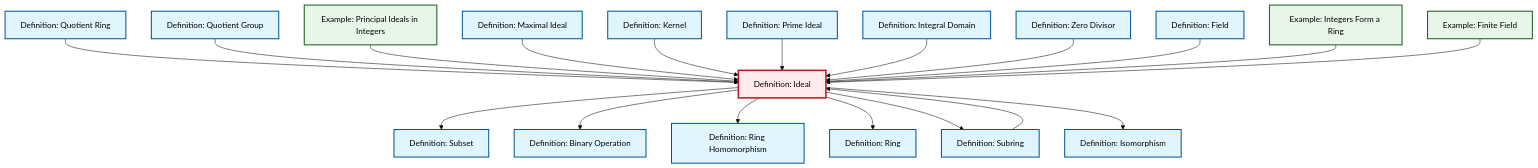
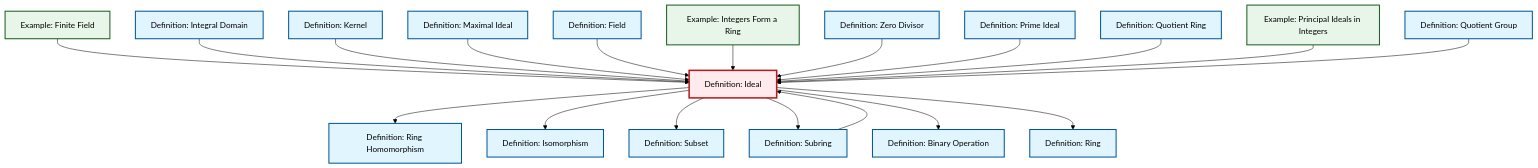
The diagram in content/en/algebra/def-ideal.qmd (RK0429/ModernMath), drawn with Mermaid (forest theme) before and after one commit. The commit also changed other lines of this file and 328 other files, not shown here.

````diff
--- a/content/en/algebra/def-ideal.qmd
+++ b/content/en/algebra/def-ideal.qmd
@@ -83,63 +83,63 @@
 ```{mermaid}
 %%| fig-cap: "Local dependency graph"
 graph TD
     classDef definition fill:#e1f5fe,stroke:#01579b,stroke-width:2px
     classDef theorem fill:#f3e5f5,stroke:#4a148c,stroke-width:2px
     classDef axiom fill:#fff3e0,stroke:#e65100,stroke-width:2px
     classDef example fill:#e8f5e9,stroke:#1b5e20,stroke-width:2px
     classDef current fill:#ffebee,stroke:#b71c1c,stroke-width:3px
-    def-quotient-group["Definition: Quotient Group"]:::definition
+    ex-finite-field["Example: Finite Field"]:::example
+    def-integral-domain["Definition: Integral Domain"]:::definition
+    def-ideal["Definition: Ideal"]:::definition
+    def-zero-divisor["Definition: Zero Divisor"]:::definition
+    ex-integers-ring["Example: Integers Form a Ring"]:::example
+    ex-principal-ideal["Example: Principal Ideals in Integers"]:::example
+    def-kernel["Definition: Kernel"]:::definition
+    def-field["Definition: Field"]:::definition
+    def-ring["Definition: Ring"]:::definition
+    def-isomorphism["Definition: Isomorphism"]:::definition
+    def-prime-ideal["Definition: Prime Ideal"]:::definition
+    def-quotient-ring["Definition: Quotient Ring"]:::definition
+    def-subset["Definition: Subset"]:::definition
     def-binary-operation["Definition: Binary Operation"]:::definition
-    def-isomorphism["Definition: Isomorphism"]:::definition
     def-subring["Definition: Subring"]:::definition
     def-maximal-ideal["Definition: Maximal Ideal"]:::definition
-    def-integral-domain["Definition: Integral Domain"]:::definition
+    def-quotient-group["Definition: Quotient Group"]:::definition
     def-ring-homomorphism["Definition: Ring Homomorphism"]:::definition
-    def-subset["Definition: Subset"]:::definition
-    def-prime-ideal["Definition: Prime Ideal"]:::definition
-    def-ideal["Definition: Ideal"]:::definition
-    def-ring["Definition: Ring"]:::definition
-    def-zero-divisor["Definition: Zero Divisor"]:::definition
-    ex-principal-ideal["Example: Principal Ideals in Integers"]:::example
-    def-quotient-ring["Definition: Quotient Ring"]:::definition
-    ex-finite-field["Example: Finite Field"]:::example
-    def-field["Definition: Field"]:::definition
-    def-kernel["Definition: Kernel"]:::definition
-    ex-integers-ring["Example: Integers Form a Ring"]:::example
+    ex-finite-field --> def-ideal
+    def-integral-domain --> def-ideal
+    def-kernel --> def-ideal
+    def-ideal --> def-ring-homomorphism
+    def-maximal-ideal --> def-ideal
+    def-field --> def-ideal
+    def-ideal --> def-isomorphism
+    ex-integers-ring --> def-ideal
+    def-subring --> def-ideal
     def-ideal --> def-subset
+    def-ideal --> def-subring
+    def-zero-divisor --> def-ideal
+    def-prime-ideal --> def-ideal
+    def-ideal --> def-binary-operation
     def-quotient-ring --> def-ideal
+    ex-principal-ideal --> def-ideal
+    def-ideal --> def-ring
     def-quotient-group --> def-ideal
-    def-ideal --> def-binary-operation
-    def-ideal --> def-ring-homomorphism
-    ex-principal-ideal --> def-ideal
-    def-maximal-ideal --> def-ideal
-    def-kernel --> def-ideal
-    def-prime-ideal --> def-ideal
-    def-integral-domain --> def-ideal
-    def-zero-divisor --> def-ideal
-    def-subring --> def-ideal
-    def-field --> def-ideal
-    ex-integers-ring --> def-ideal
-    ex-finite-field --> def-ideal
-    def-ideal --> def-ring
-    def-ideal --> def-subring
-    def-ideal --> def-isomorphism
     class def-ideal current
-    click def-quotient-group "def-quotient-group.html" "Go to Quotient Group definition"
+    click ex-finite-field "ex-finite-field.html" "Go to Finite Field example"
+    click def-integral-domain "def-integral-domain.html" "Go to Integral Domain definition"
+    click def-zero-divisor "def-zero-divisor.html" "Go to Zero Divisor definition"
+    click ex-integers-ring "ex-integers-ring.html" "Go to Integers Form a Ring example"
+    click ex-principal-ideal "ex-principal-ideal.html" "Go to Principal Ideals in Integers example"
+    click def-kernel "def-kernel.html" "Go to Kernel definition"
+    click def-field "def-field.html" "Go to Field definition"
+    click def-ring "def-ring.html" "Go to Ring definition"
+    click def-isomorphism "def-isomorphism.html" "Go to Isomorphism definition"
+    click def-prime-ideal "def-prime-ideal.html" "Go to Prime Ideal definition"
+    click def-quotient-ring "def-quotient-ring.html" "Go to Quotient Ring definition"
+    click def-subset "def-subset.html" "Go to Subset definition"
     click def-binary-operation "def-binary-operation.html" "Go to Binary Operation definition"
-    click def-isomorphism "def-isomorphism.html" "Go to Isomorphism definition"
     click def-subring "def-subring.html" "Go to Subring definition"
     click def-maximal-ideal "def-maximal-ideal.html" "Go to Maximal Ideal definition"
-    click def-integral-domain "def-integral-domain.html" "Go to Integral Domain definition"
+    click def-quotient-group "def-quotient-group.html" "Go to Quotient Group definition"
     click def-ring-homomorphism "def-ring-homomorphism.html" "Go to Ring Homomorphism definition"
-    click def-subset "def-subset.html" "Go to Subset definition"
-    click def-prime-ideal "def-prime-ideal.html" "Go to Prime Ideal definition"
-    click def-ring "def-ring.html" "Go to Ring definition"
-    click def-zero-divisor "def-zero-divisor.html" "Go to Zero Divisor definition"
-    click ex-principal-ideal "ex-principal-ideal.html" "Go to Principal Ideals in Integers example"
-    click def-quotient-ring "def-quotient-ring.html" "Go to Quotient Ring definition"
-    click ex-finite-field "ex-finite-field.html" "Go to Finite Field example"
-    click def-field "def-field.html" "Go to Field definition"
-    click def-kernel "def-kernel.html" "Go to Kernel definition"
-    click ex-integers-ring "ex-integers-ring.html" "Go to Integers Form a Ring example"
 ```
````
